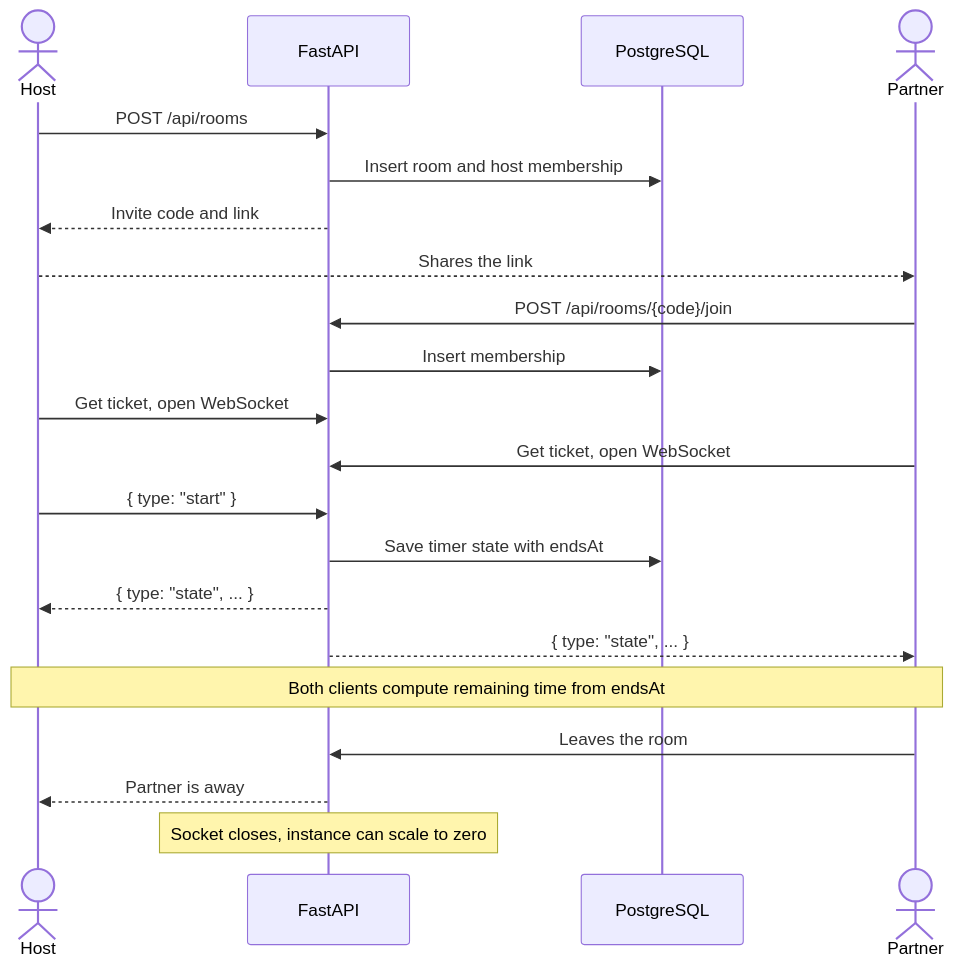
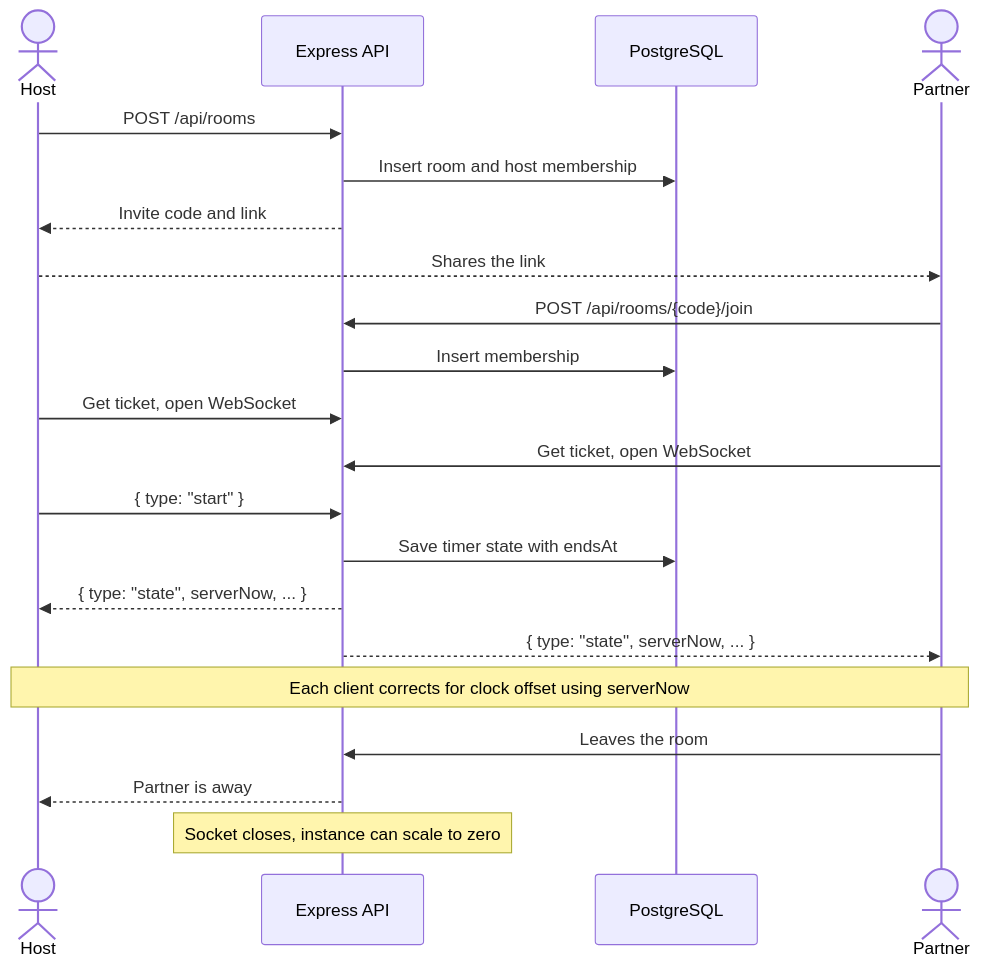
The tenth of 11 diagrams in docs/design.md (Sunnylin0320/pomodoro-app), drawn with Mermaid before and after one commit. The commit also changed other lines of this file, not shown here.

````diff
--- a/docs/design.md
+++ b/docs/design.md
@@ -333,24 +760,24 @@
 ```mermaid
 sequenceDiagram
     actor A as Host
-    participant API as FastAPI
+    participant API as Express API
     participant DB as PostgreSQL
     actor B as Partner
 
     A->>API: POST /api/rooms
     API->>DB: Insert room and host membership
     API-->>A: Invite code and link
     A-->>B: Shares the link
     B->>API: POST /api/rooms/{code}/join
     API->>DB: Insert membership
     A->>API: Get ticket, open WebSocket
     B->>API: Get ticket, open WebSocket
     A->>API: { type: "start" }
     API->>DB: Save timer state with endsAt
-    API-->>A: { type: "state", ... }
-    API-->>B: { type: "state", ... }
-    Note over A,B: Both clients compute remaining time from endsAt
+    API-->>A: { type: "state", serverNow, ... }
+    API-->>B: { type: "state", serverNow, ... }
+    Note over A,B: Each client corrects for clock offset using serverNow
     B->>API: Leaves the room
     API-->>A: Partner is away
     Note over API: Socket closes, instance can scale to zero
 ```
````
